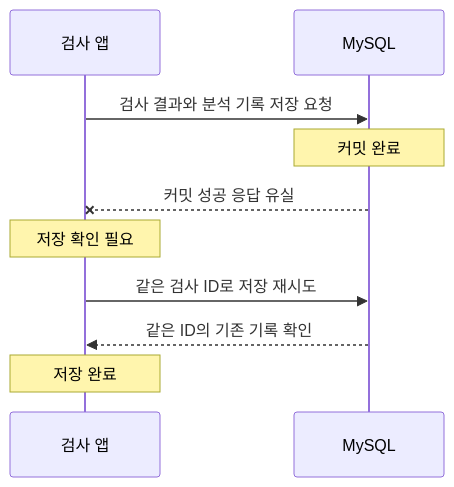
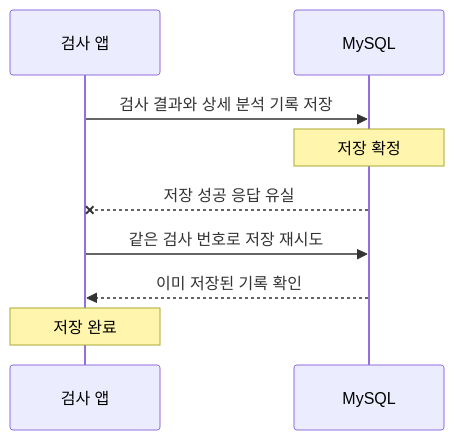
Before and after one commit to hsjni0110/weld-scope: the second of 2 diagrams in docs/portfolio/README.md, drawn with Mermaid. The commit also changed other lines of this file, not shown here.

````diff
--- a/docs/portfolio/README.md
+++ b/docs/portfolio/README.md
@@ -159,12 +144,11 @@
 ```mermaid
 sequenceDiagram
     participant App as 검사 앱
     participant DB as MySQL
-    App->>DB: 검사 결과와 분석 기록 저장 요청
-    Note over DB: 커밋 완료
-    DB--xApp: 커밋 성공 응답 유실
-    Note over App: 저장 확인 필요
-    App->>DB: 같은 검사 ID로 저장 재시도
-    DB-->>App: 같은 ID의 기존 기록 확인
+    App->>DB: 검사 결과와 상세 분석 기록 저장
+    Note over DB: 저장 확정
+    DB--xApp: 저장 성공 응답 유실
+    App->>DB: 같은 검사 번호로 저장 재시도
+    DB-->>App: 이미 저장된 기록 확인
     Note over App: 저장 완료
 ```
````
